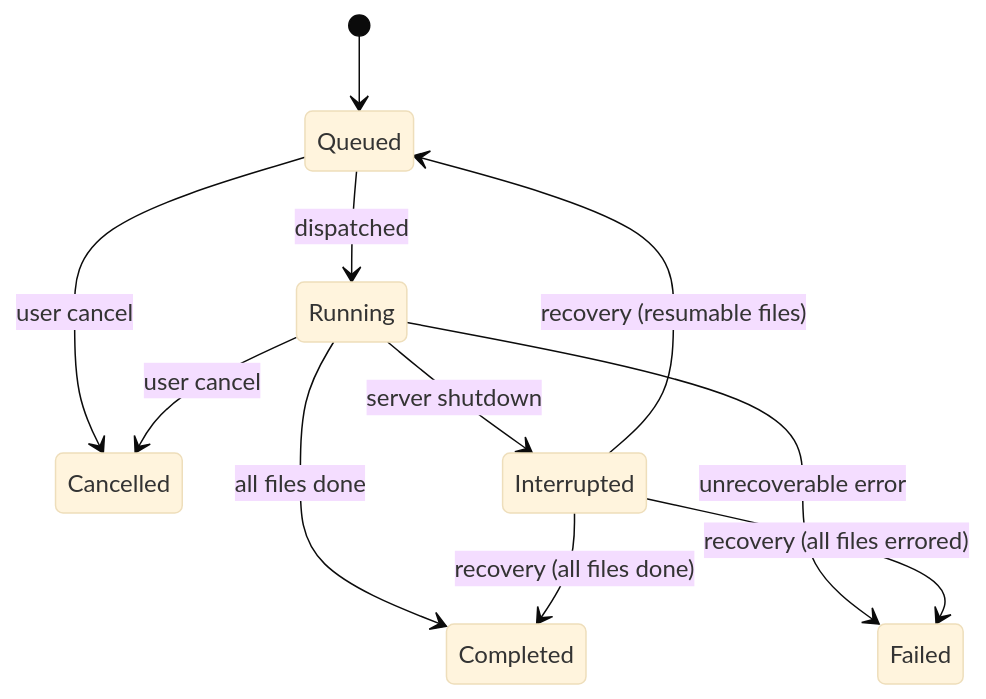
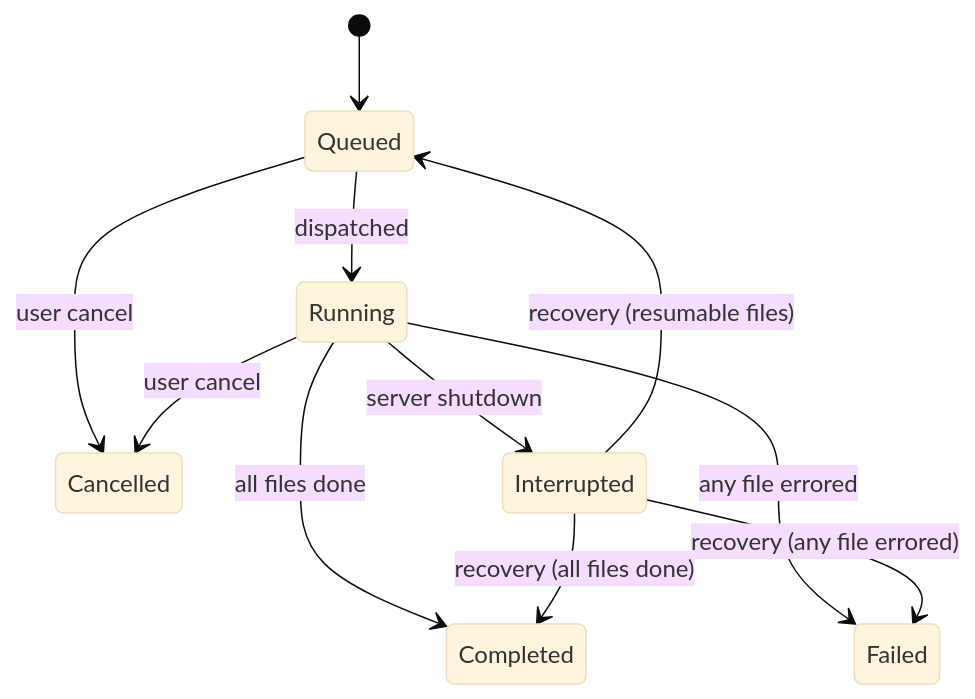
One commit to TalkBank/talkbank-tools changed the eighth of 8 diagrams in book/src/batchalign/architecture/server-architecture.md. Above: the diagram before and after it, drawn with Mermaid (base theme). The commit also changed other lines of this file and 246 other files, not shown here.

````diff
--- a/book/src/batchalign/architecture/server-architecture.md
+++ b/book/src/batchalign/architecture/server-architecture.md
@@ -478,13 +478,13 @@
 ```mermaid
 stateDiagram-v2
     [*] --> Queued
     Queued --> Running: dispatched
     Queued --> Cancelled: user cancel
     Running --> Completed: all files done
-    Running --> Failed: unrecoverable error
+    Running --> Failed: any file errored
     Running --> Cancelled: user cancel
     Running --> Interrupted: server shutdown
     Interrupted --> Queued: recovery (resumable files)
     Interrupted --> Completed: recovery (all files done)
-    Interrupted --> Failed: recovery (all files errored)
+    Interrupted --> Failed: recovery (any file errored)
 ```
````
